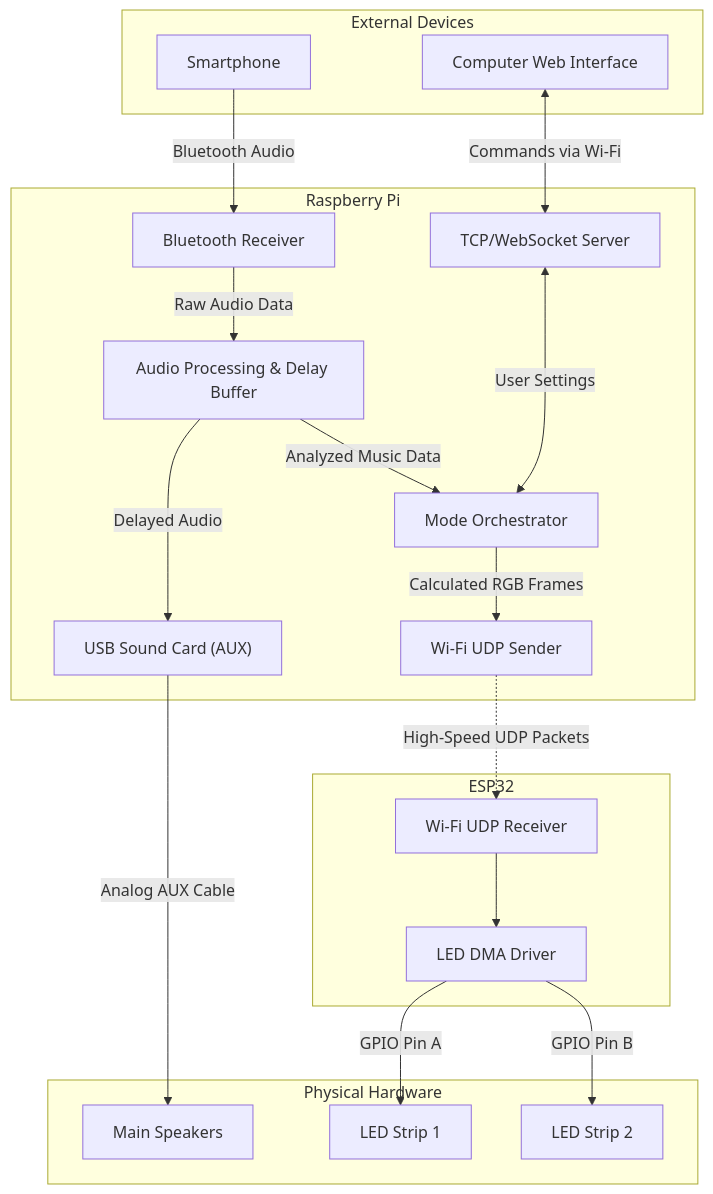
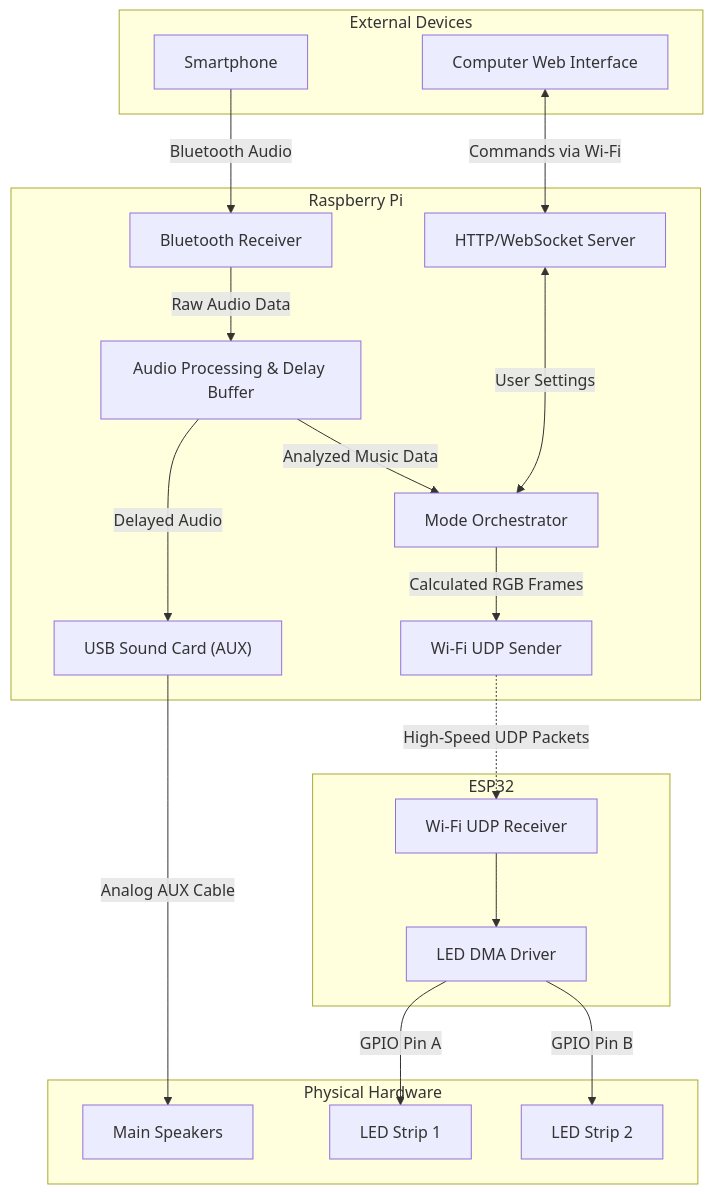
One commit to LucRobey/vialactee changed the diagram in .agents/PLAN.md. Above: the diagram before and after it, drawn with Mermaid. The commit also changed other lines of this file and 19 other files, not shown here.

````diff
--- a/.agents/PLAN.md
+++ b/.agents/PLAN.md
@@ -25,83 +25,83 @@
 ```mermaid
 
 graph TD
 
     subgraph External [External Devices]
 
         Phone["Smartphone"]
 
         PC["Computer Web Interface"]
 
     end
 
 
     subgraph RPi [Raspberry Pi]
 
         BT["Bluetooth Receiver"]
 
         FFT["Audio Processing & Delay Buffer"]
 
         Audio_Out["USB Sound Card (AUX)"]
 
-        Server["TCP/WebSocket Server"]
+        Server["HTTP/WebSocket Server"]
 
         Math["Mode Orchestrator"]
 
         UDP_Out["Wi-Fi UDP Sender"]
 
     end
 
 
     subgraph ESP [ESP32]
 
         UDP_In["Wi-Fi UDP Receiver"]
 
         Driver["LED DMA Driver"]
 
     end
 
 
     subgraph Hardware [Physical Hardware]
 
         Speakers["Main Speakers"]
 
         Strip1["LED Strip 1"]
 
         Strip2["LED Strip 2"]
 
     end
 
 
     Phone -->|Bluetooth Audio| BT
 
     PC <-->|Commands via Wi-Fi| Server
 
   
 
     BT -->|Raw Audio Data| FFT
 
     FFT -->|Delayed Audio| Audio_Out
 
     Audio_Out -->|Analog AUX Cable| Speakers
 
   
 
     FFT -->|Analyzed Music Data| Math
 
     Server <-->|User Settings| Math
 
     Math -->|Calculated RGB Frames| UDP_Out
 
   
 
     UDP_Out -.->|High-Speed UDP Packets| UDP_In
 
   
 
     UDP_In --> Driver
 
     Driver -->|GPIO Pin A| Strip1
 
     Driver -->|GPIO Pin B| Strip2
 
 ```
````
